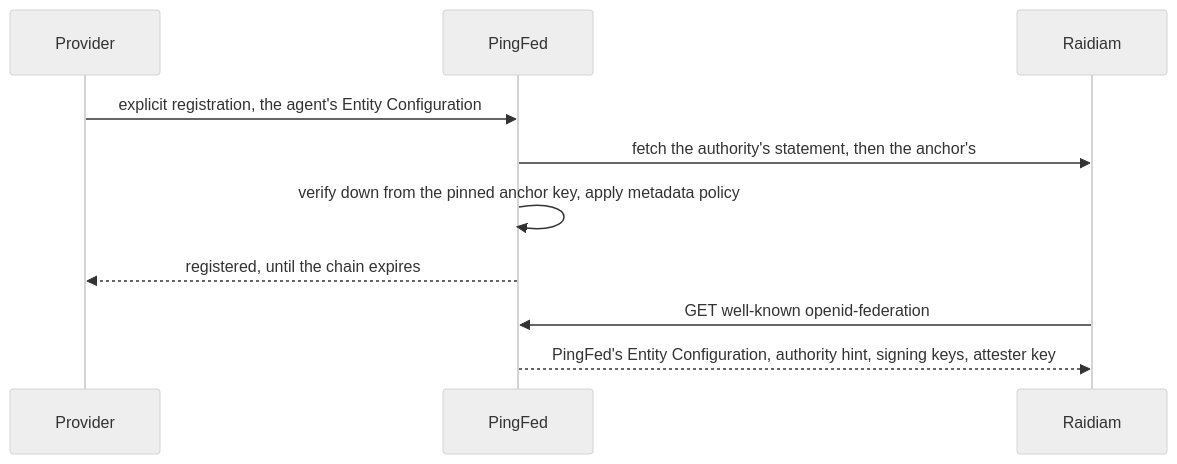
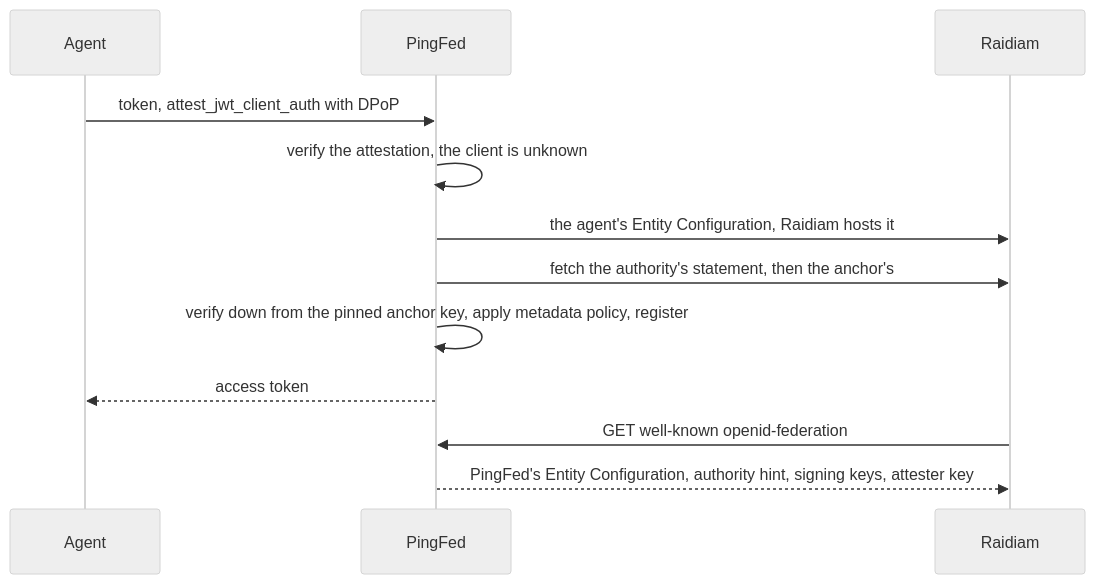
The ninth of 21 diagrams in demo/flows.md (MC-IDPartners/pf-agentic-identity), drawn with Mermaid (neutral theme) before and after one commit. The commit also changed other lines of this file and 8 other files, not shown here.

First line of the commit message:
docs: the rig without an agent provider

````diff
--- a/demo/flows.md
+++ b/demo/flows.md
@@ -264,12 +274,14 @@
 ```mermaid
 sequenceDiagram
-    participant PR as Provider
+    participant AG as Agent
     participant PF as PingFed
     participant RD as Raidiam
-    PR->>PF: explicit registration, the agent's Entity Configuration
+    AG->>PF: token, attest_jwt_client_auth with DPoP
+    PF->>PF: verify the attestation, the client is unknown
+    PF->>RD: the agent's Entity Configuration, Raidiam hosts it
     PF->>RD: fetch the authority's statement, then the anchor's
-    PF->>PF: verify down from the pinned anchor key, apply metadata policy
-    PF-->>PR: registered, until the chain expires
+    PF->>PF: verify down from the pinned anchor key, apply metadata policy, register
+    PF-->>AG: access token
     RD->>PF: GET well-known openid-federation
     PF-->>RD: PingFed's Entity Configuration, authority hint, signing keys, attester key
 ```
````
